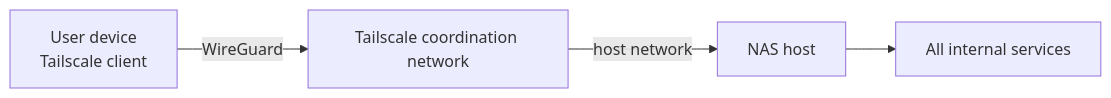
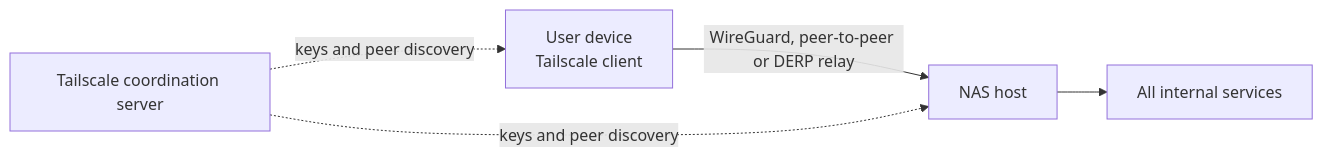
The fifth of 5 diagrams in docs/network.md (danielbibit/nas-ansible), drawn with Mermaid before and after one commit. The commit also changed other lines of this file and 1 other file, not shown here.

Commit message:
Fix network docs accuracy and link from README

````diff
--- a/docs/network.md
+++ b/docs/network.md
@@ -114,6 +123,7 @@
 ```mermaid
 graph LR
-    Device[User device\nTailscale client] -->|WireGuard| TS[Tailscale coordination network]
-    TS -->|host network| NAS[NAS host]
+    Device[User device\nTailscale client] -->|WireGuard, peer-to-peer or DERP relay| NAS[NAS host]
+    Coord[Tailscale coordination server] -.->|keys and peer discovery| Device
+    Coord -.->|keys and peer discovery| NAS
     NAS --> Services[All internal services]
 ```
````
